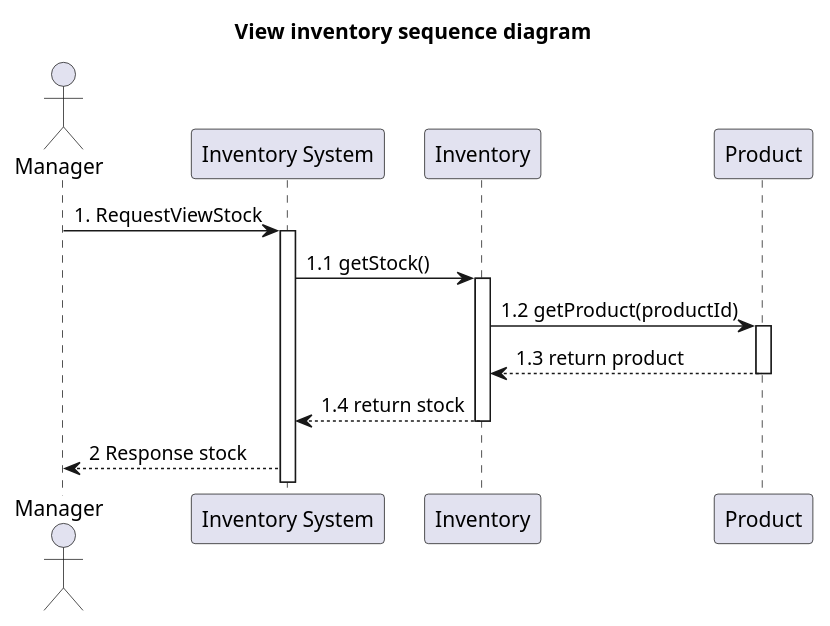
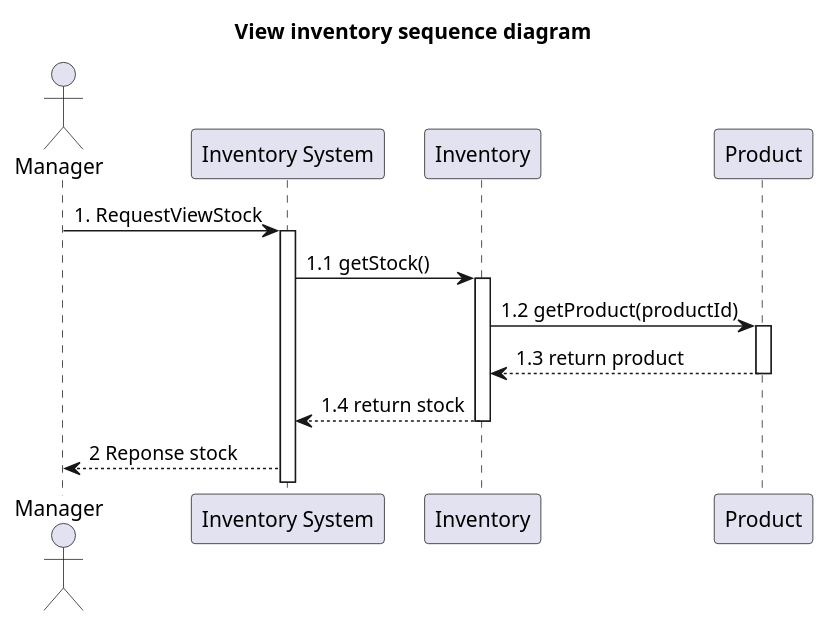
One commit to billowdev/inventory-system-plantuml-sequelize-seeder-example changed the diagram in system-analysis/sequence/_1_1_sequence-view-inventory.puml. Above: the diagram before and after it, drawn with PlantUML.

```diff
--- a/system-analysis/sequence/_1_1_sequence-view-inventory.puml
+++ b/system-analysis/sequence/_1_1_sequence-view-inventory.puml
@@ -1,36 +1,36 @@
 @startuml
 'example
 title View inventory sequence diagram
 
 actor Manager as actorManager
 participant "Inventory System" as InventorySystem
 participant "Inventory" as classInventory
 participant "Product" as classProduct
 'participant "Category" as classCategory
 
 actorManager -> InventorySystem: 1. RequestViewStock
 activate InventorySystem
 
 '-------------- START view stock ---------------
 InventorySystem -> classInventory: 1.1 getStock()
 activate classInventory
 
 classInventory -> classProduct: 1.2 getProduct(productId)
 activate classProduct
 
 classProduct --> classInventory: 1.3 return product
 deactivate classProduct
 
 classInventory --> InventorySystem: 1.4 return stock
 deactivate classInventory
 
-InventorySystem  --> actorManager: 2 Response stock
+InventorySystem  --> actorManager: 2 Reponse stock
 
 
 '-------------- END view stock ---------------
 
 
 
 
 
 @enduml
```
